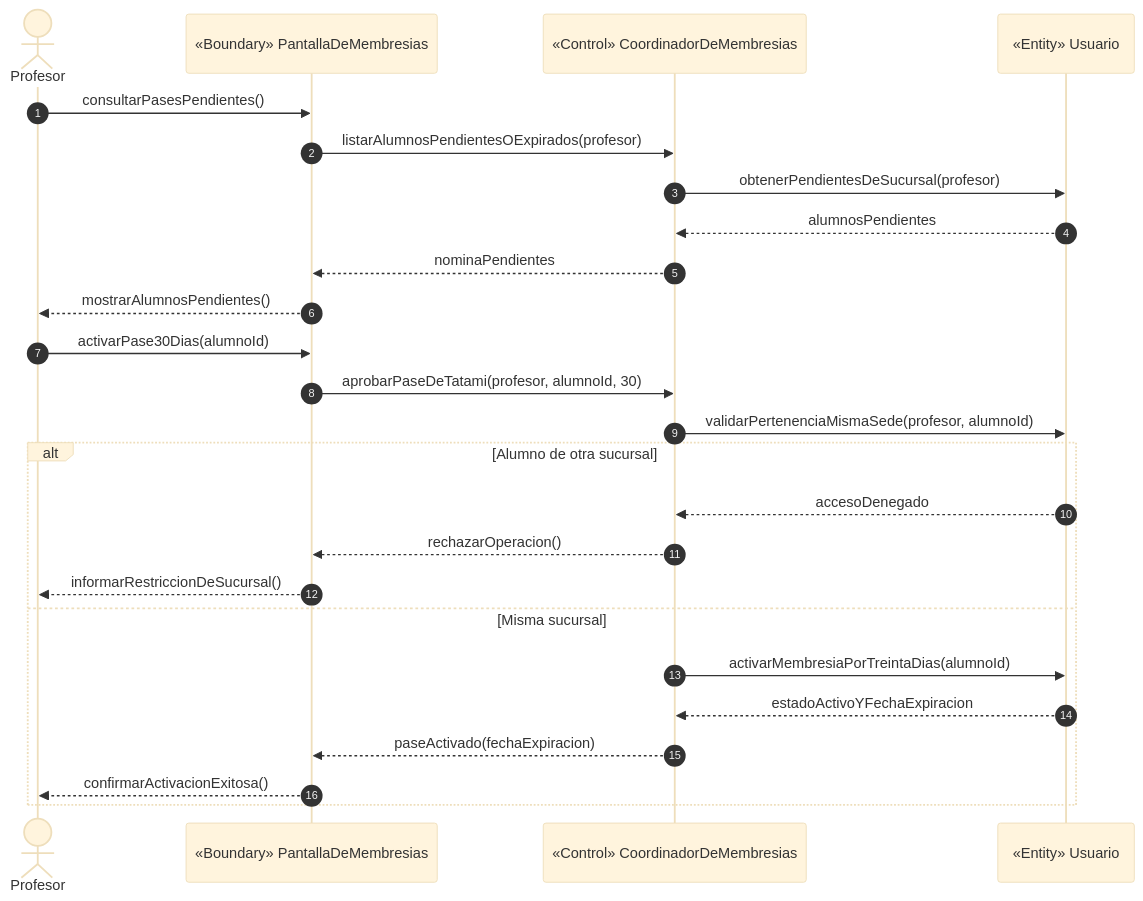
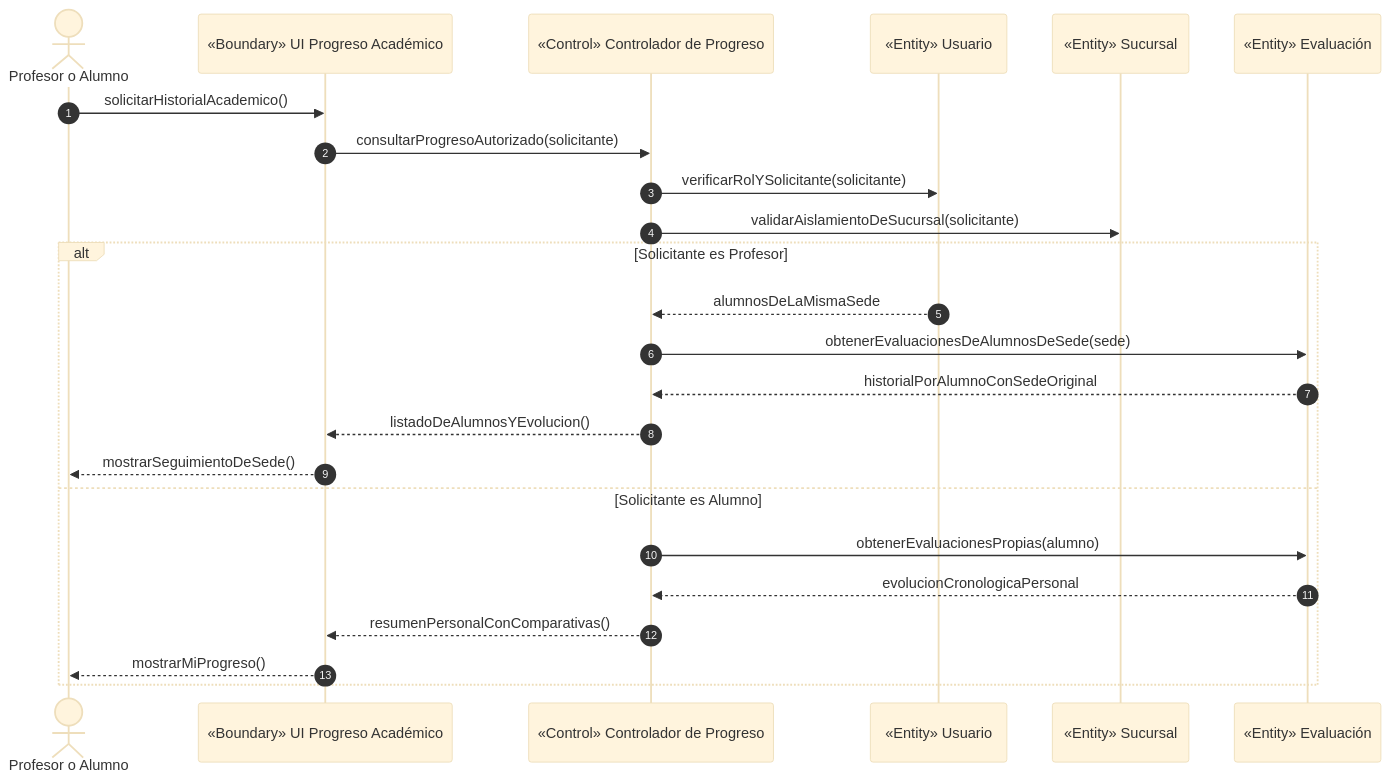
One commit to Tsmrain/JiuJitsu changed the diagram in docs/diagramas/codigo/cu08_secuencia.mmd. Above: the diagram before and after it, drawn with Mermaid (base theme). The commit also changed 117 other files, not shown here.

Commit message:
docs: actualizar ProyectoGrado.docx y diagramas UML (Capitulo V y VI)

```diff
--- a/docs/diagramas/codigo/cu08_secuencia.mmd
+++ b/docs/diagramas/codigo/cu08_secuencia.mmd
@@ -1,26 +1,25 @@
 sequenceDiagram
     autonumber
-    actor PR as Profesor
-    participant B1 as «Boundary» PantallaDeMembresias
-    participant C1 as «Control» CoordinadorDeMembresias
+    actor U as Profesor o Alumno
+    participant B1 as «Boundary» UI Progreso Académico
+    participant C1 as «Control» Controlador de Progreso
     participant E1 as «Entity» Usuario
+    participant E2 as «Entity» Sucursal
+    participant E3 as «Entity» Evaluación
 
-    PR->>B1: consultarPasesPendientes()
-    B1->>C1: listarAlumnosPendientesOExpirados(profesor)
-    C1->>E1: obtenerPendientesDeSucursal(profesor)
-    E1-->>C1: alumnosPendientes
-    C1-->>B1: nominaPendientes
-    B1-->>PR: mostrarAlumnosPendientes()
-    PR->>B1: activarPase30Dias(alumnoId)
-    B1->>C1: aprobarPaseDeTatami(profesor, alumnoId, 30)
-    C1->>E1: validarPertenenciaMismaSede(profesor, alumnoId)
-    alt Alumno de otra sucursal
-        E1-->>C1: accesoDenegado
-        C1-->>B1: rechazarOperacion()
-        B1-->>PR: informarRestriccionDeSucursal()
-    else Misma sucursal
-        C1->>E1: activarMembresiaPorTreintaDias(alumnoId)
-        E1-->>C1: estadoActivoYFechaExpiracion
-        C1-->>B1: paseActivado(fechaExpiracion)
-        B1-->>PR: confirmarActivacionExitosa()
+    U->>B1: solicitarHistorialAcademico()
+    B1->>C1: consultarProgresoAutorizado(solicitante)
+    C1->>E1: verificarRolYSolicitante(solicitante)
+    C1->>E2: validarAislamientoDeSucursal(solicitante)
+    alt Solicitante es Profesor
+        E1-->>C1: alumnosDeLaMismaSede
+        C1->>E3: obtenerEvaluacionesDeAlumnosDeSede(sede)
+        E3-->>C1: historialPorAlumnoConSedeOriginal
+        C1-->>B1: listadoDeAlumnosYEvolucion()
+        B1-->>U: mostrarSeguimientoDeSede()
+    else Solicitante es Alumno
+        C1->>E3: obtenerEvaluacionesPropias(alumno)
+        E3-->>C1: evolucionCronologicaPersonal
+        C1-->>B1: resumenPersonalConComparativas()
+        B1-->>U: mostrarMiProgreso()
     end
```
